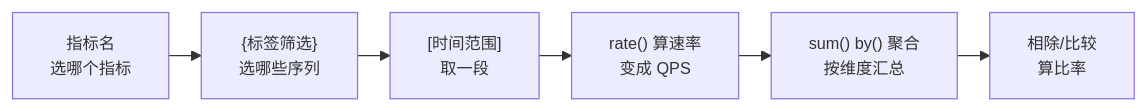
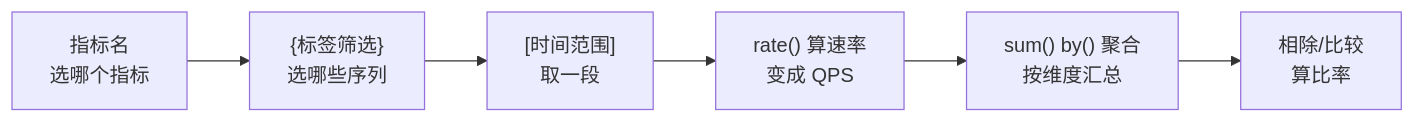
Before and after one commit to rebibabo/rebibabo.github.io: the diagram in images/Java-advanced/IMG-20260707-000023.mmd, drawn with Mermaid. The commit also changed 110 other files, not shown here.

```diff
--- a/images/Java-advanced/IMG-20260707-000023.mmd
+++ b/images/Java-advanced/IMG-20260707-000023.mmd
@@ -1,7 +1,6 @@
-%%{init: {"flowchart":{"nodeSpacing":14,"rankSpacing":26,"curve":"linear","diagramPadding":6},"themeVariables":{"fontSize":"13px"}}}%%
-flowchart LR
+graph LR
     M["指标名<br/>选哪个指标"] --> L["{标签筛选}<br/>选哪些序列"]
     L --> R["[时间范围]<br/>取一段"]
     R --> Rate["rate() 算速率<br/>变成 QPS"]
     Rate --> Sum["sum() by() 聚合<br/>按维度汇总"]
     Sum --> Div["相除/比较<br/>算比率"]
```
